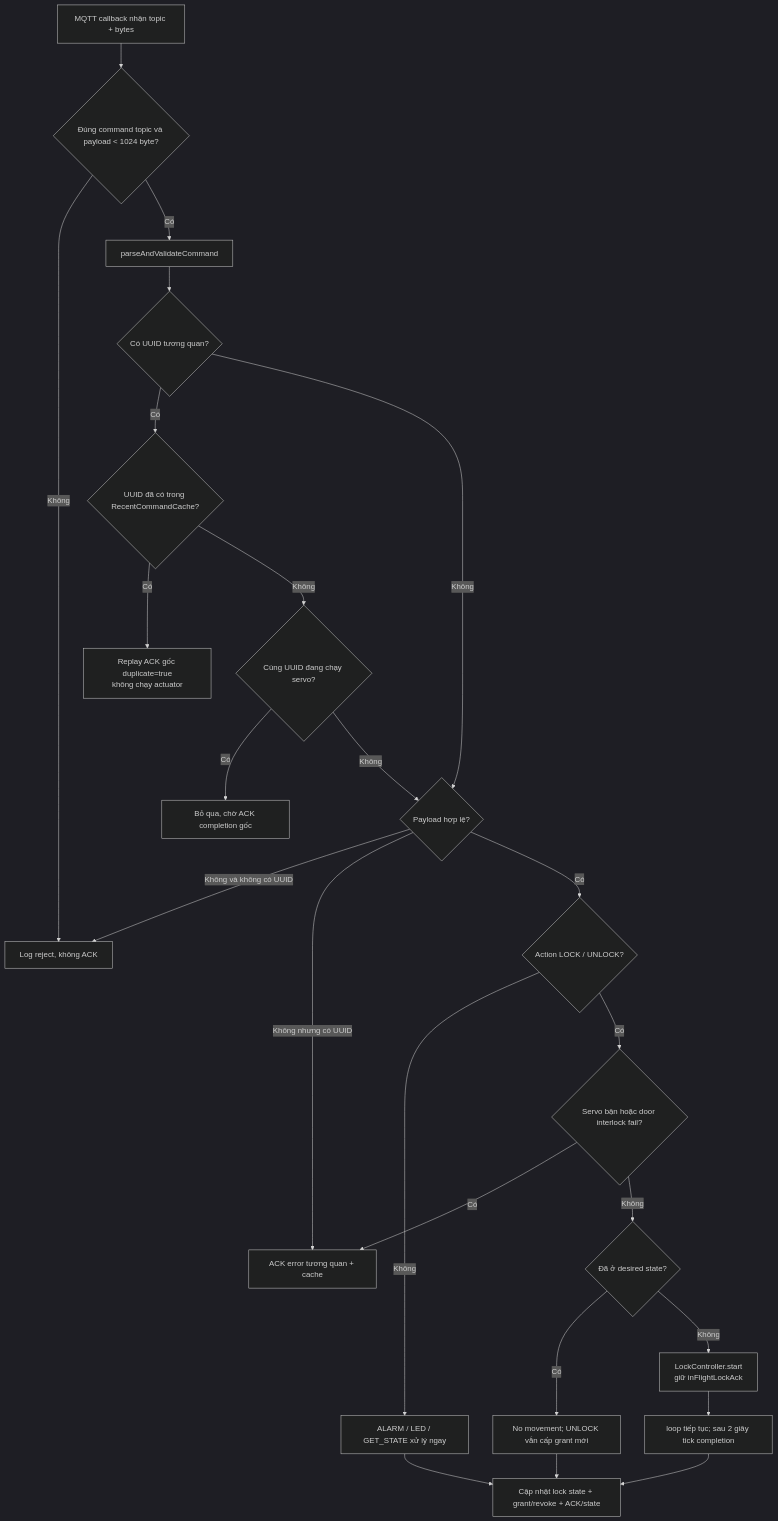
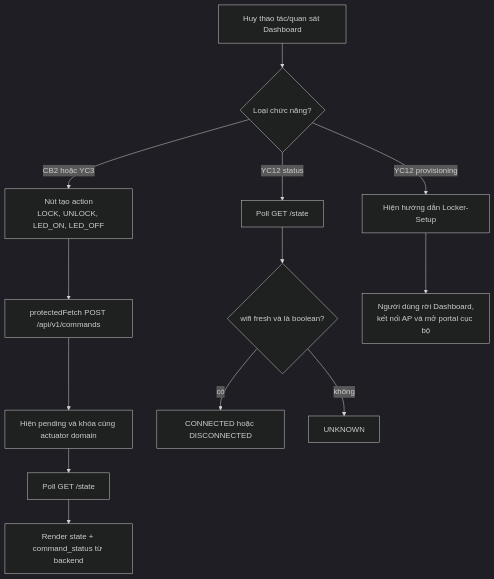
The ninth of 28 diagrams in ON_TAP_VAN_DAP_CHI_TIET.md (ThaiQuangHuy2906/smart-privacy-locker), drawn with Mermaid (dark theme) before and after one commit. The commit also changed other lines of this file and 25 other files, not shown here.

````diff
--- a/ON_TAP_VAN_DAP_CHI_TIET.md
+++ b/ON_TAP_VAN_DAP_CHI_TIET.md
@@ -579,26 +552,17 @@
 ```mermaid
 flowchart TD
-    A["MQTT callback nhận topic + bytes"] --> B{"Đúng command topic và payload < 1024 byte?"}
-    B -->|"Không"| X["Log reject, không ACK"]
-    B -->|"Có"| C["parseAndValidateCommand"]
-    C --> D{"Có UUID tương quan?"}
-    D -->|"Có"| E{"UUID đã có trong RecentCommandCache?"}
-    E -->|"Có"| F["Replay ACK gốc duplicate=true<br/>không chạy actuator"]
-    E -->|"Không"| G{"Cùng UUID đang chạy servo?"}
-    G -->|"Có"| Y["Bỏ qua, chờ ACK completion gốc"]
-    G -->|"Không"| H{"Payload hợp lệ?"}
-    D -->|"Không"| H
-    H -->|"Không và không có UUID"| X
-    H -->|"Không nhưng có UUID"| I["ACK error tương quan + cache"]
-    H -->|"Có"| J{"Action LOCK / UNLOCK?"}
-    J -->|"Không"| K["ALARM / LED / GET_STATE xử lý ngay"]
-    J -->|"Có"| L{"Servo bận hoặc door interlock fail?"}
-    L -->|"Có"| I
-    L -->|"Không"| M{"Đã ở desired state?"}
-    M -->|"Có"| N["No movement; UNLOCK vẫn cấp grant mới"]
-    M -->|"Không"| O["LockController.start<br/>giữ inFlightLockAck"]
-    O --> P["loop tiếp tục; sau 2 giây tick completion"]
-    P --> Q["Cập nhật lock state + grant/revoke + ACK/state"]
-    N --> Q
-    K --> Q
+    U["Huy thao tác/quan sát Dashboard"] --> A{"Loại chức năng?"}
+    A -->|"CB2 hoặc YC3"| B["Nút tạo action<br/>LOCK, UNLOCK, LED_ON, LED_OFF"]
+    B --> C["protectedFetch POST /api/v1/commands"]
+    C --> D["Hiện pending và khóa cùng actuator domain"]
+    D --> E["Poll GET /state"]
+    E --> F["Render state + command_status từ backend"]
+
+    A -->|"YC12 status"| G["Poll GET /state"]
+    G --> H{"wifi fresh và là boolean?"}
+    H -->|"có"| I["CONNECTED hoặc DISCONNECTED"]
+    H -->|"không"| J["UNKNOWN"]
+
+    A -->|"YC12 provisioning"| K["Hiện hướng dẫn Locker-Setup"]
+    K --> L["Người dùng rời Dashboard,<br/>kết nối AP và mở portal cục bộ"]
 ```
````
